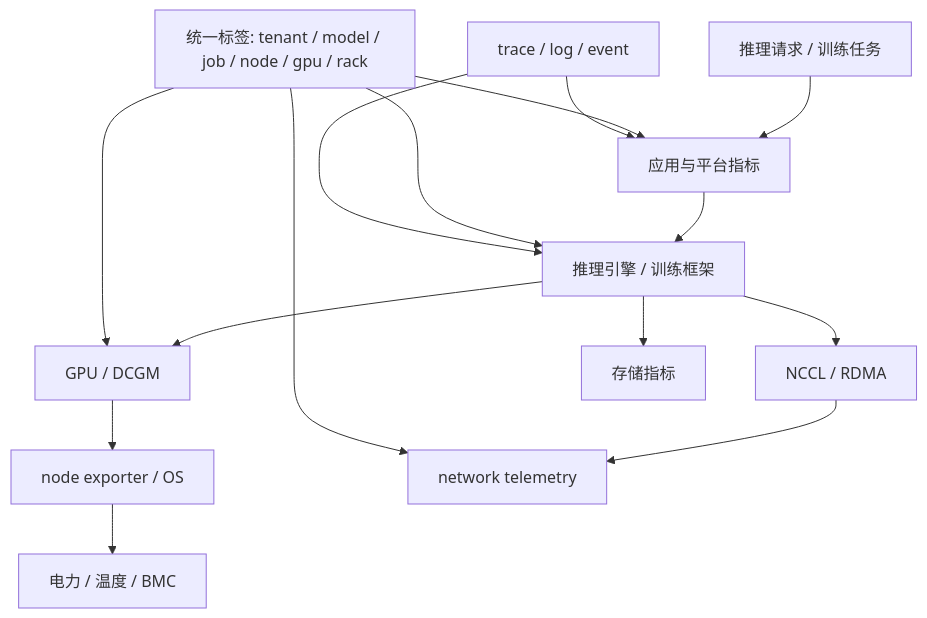
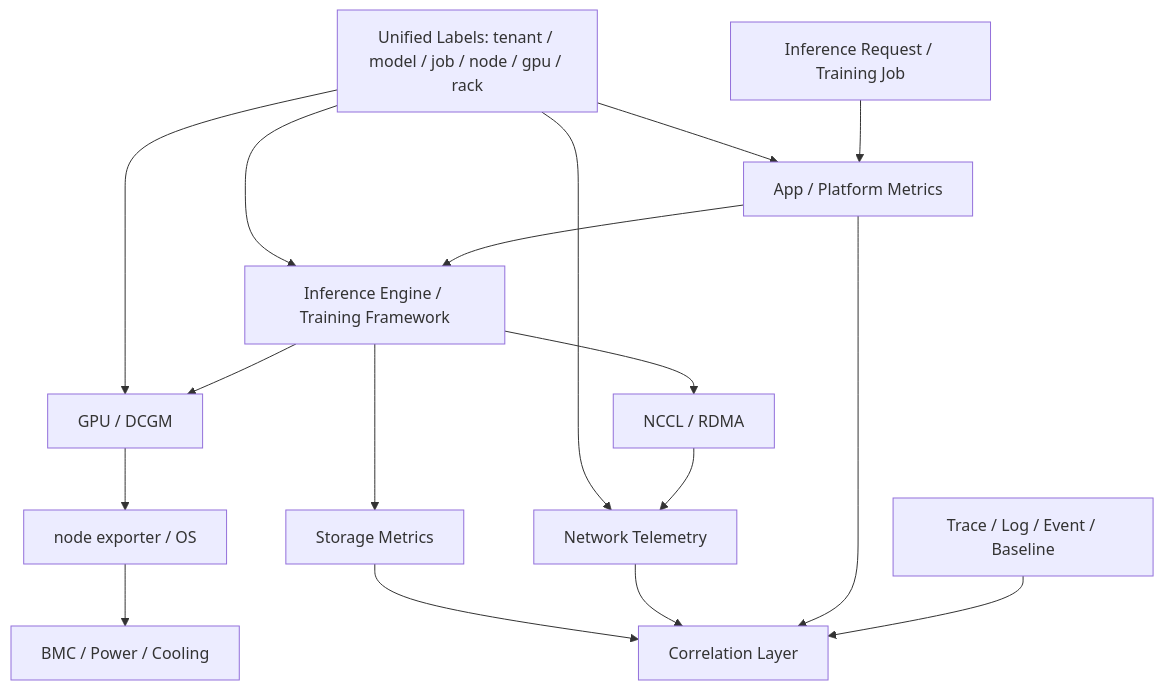
The diagram in docs/part-09-reliability-observability/chapter-37-ai-factory-observability.md (ikingye/ai-factory-engineering), drawn with Mermaid before and after one commit. The commit also changed other lines of this file and 3 other files, not shown here.

````diff
--- a/docs/part-09-reliability-observability/chapter-37-ai-factory-observability.md
+++ b/docs/part-09-reliability-observability/chapter-37-ai-factory-observability.md
@@ -23,17 +49,19 @@
 ```mermaid
 flowchart TB
-  Request["推理请求 / 训练任务"] --> App["应用与平台指标"]
-  App --> Runtime["推理引擎 / 训练框架"]
+  Request["Inference Request / Training Job"] --> App["App / Platform Metrics"]
+  App --> Runtime["Inference Engine / Training Framework"]
   Runtime --> GPU["GPU / DCGM"]
   Runtime --> Comm["NCCL / RDMA"]
-  Runtime --> Storage["存储指标"]
+  Runtime --> Storage["Storage Metrics"]
   GPU --> Node["node exporter / OS"]
-  Comm --> Network["network telemetry"]
-  Node --> Facility["电力 / 温度 / BMC"]
-  All["统一标签: tenant / model / job / node / gpu / rack"] --> App
-  All --> Runtime
-  All --> GPU
-  All --> Network
-  Trace["trace / log / event"] --> App
-  Trace --> Runtime
+  Comm --> Network["Network Telemetry"]
+  Node --> Facility["BMC / Power / Cooling"]
+  Labels["Unified Labels: tenant / model / job / node / gpu / rack"] --> App
+  Labels --> Runtime
+  Labels --> GPU
+  Labels --> Network
+  Trace["Trace / Log / Event / Baseline"] --> Correlate["Correlation Layer"]
+  App --> Correlate
+  Network --> Correlate
+  Storage --> Correlate
 ```
````
